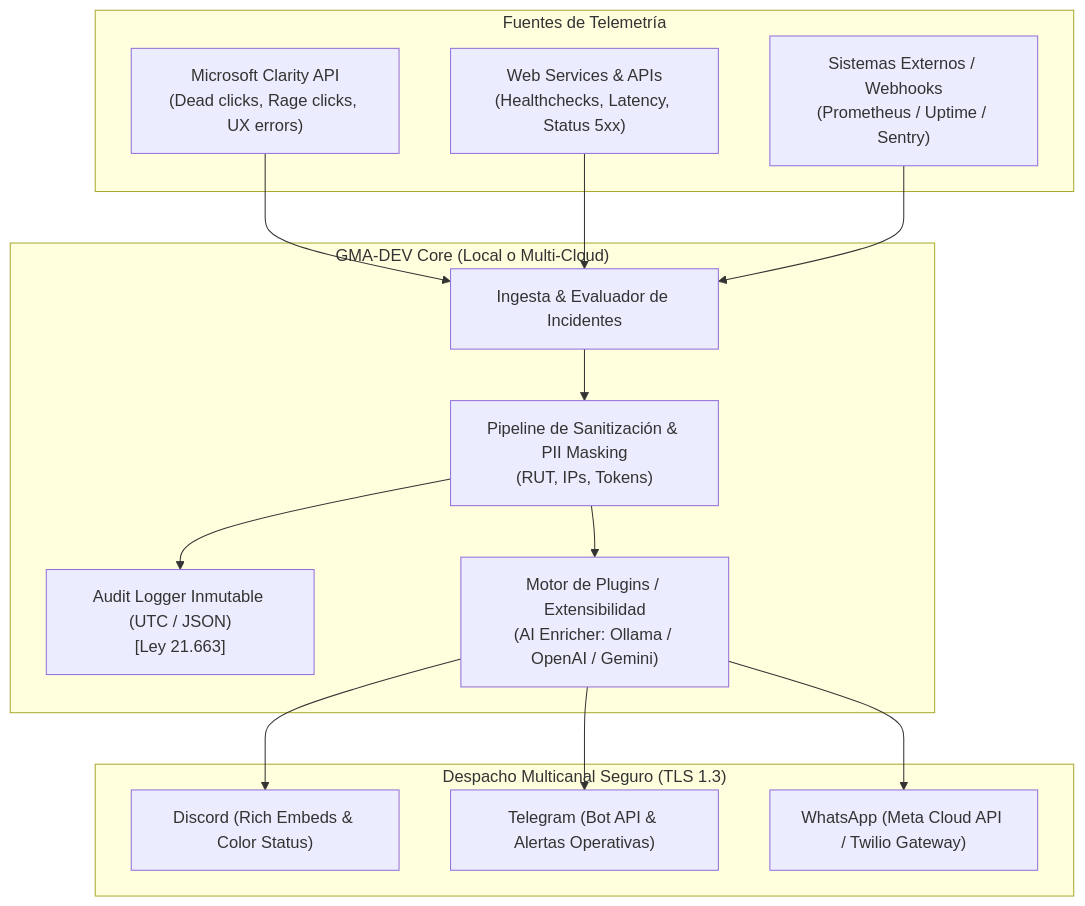
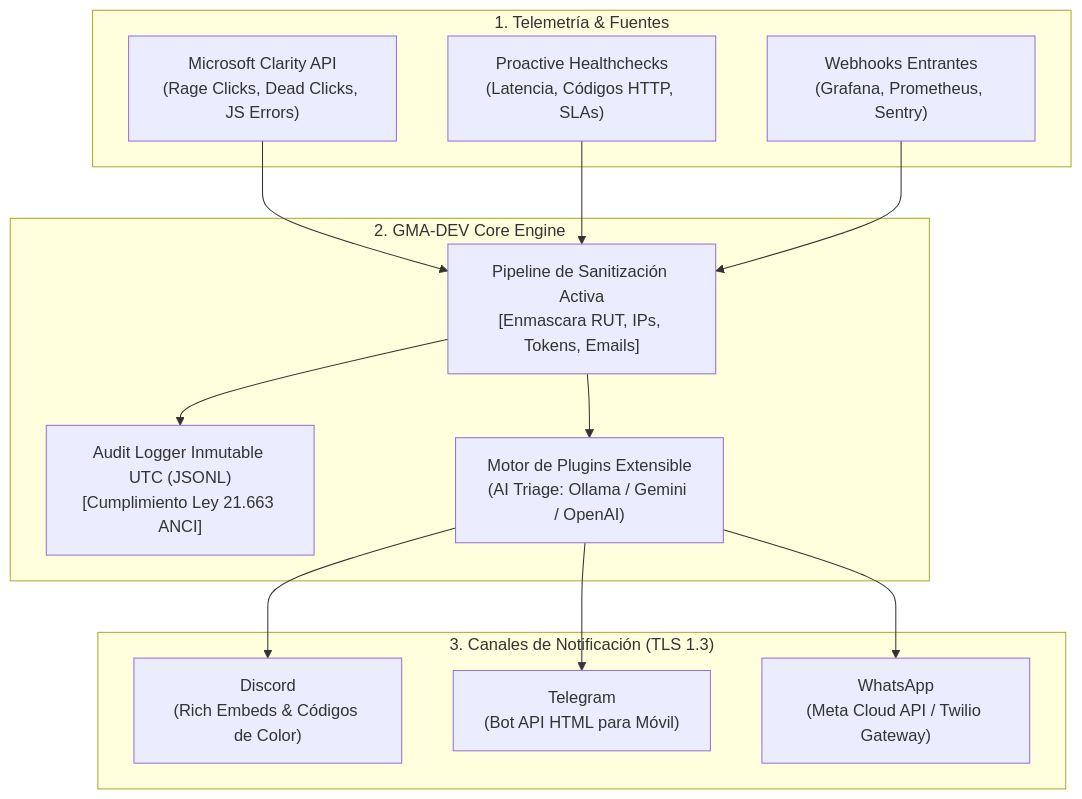
The diagram in README.md (DnRT/GMA-DEV), drawn with Mermaid before and after one commit. The commit also changed other lines of this file and 7 other files, not shown here.

Commit message:
docs: add comprehensive guides for cloud setups, channel credentials, telemetry, and AI plugins

````diff
--- a/README.md
+++ b/README.md
@@ -35,31 +26,29 @@
 ```mermaid
 flowchart TD
-    subgraph Fuentes ["Fuentes de Telemetría"]
-        A1["Microsoft Clarity API\n(Dead clicks, Rage clicks, UX errors)"]
-        A2["Web Services & APIs\n(Healthchecks, Latency, Status 5xx)"]
-        A3["Sistemas Externos / Webhooks\n(Prometheus / Uptime / Sentry)"]
+    subgraph Ingesta ["1. Telemetría & Fuentes"]
+        A1["Microsoft Clarity API\n(Rage Clicks, Dead Clicks, JS Errors)"]
+        A2["Proactive Healthchecks\n(Latencia, Códigos HTTP, SLAs)"]
+        A3["Webhooks Entrantes\n(Grafana, Prometheus, Sentry)"]
     end
 
-    subgraph Core ["GMA-DEV Core (Local o Multi-Cloud)"]
-        B1["Ingesta & Evaluador de Incidentes"]
-        B2["Pipeline de Sanitización & PII Masking\n(RUT, IPs, Tokens)"]
-        B3["Audit Logger Inmutable (UTC / JSON)\n[Ley 21.663]"]
-        B4["Motor de Plugins / Extensibilidad\n(AI Enricher: Ollama / OpenAI / Gemini)"]
+    subgraph Core ["2. GMA-DEV Core Engine"]
+        B1["Pipeline de Sanitización Activa\n[Enmascara RUT, IPs, Tokens, Emails]"]
+        B2["Audit Logger Inmutable UTC (JSONL)\n[Cumplimiento Ley 21.663 ANCI]"]
+        B3["Motor de Plugins Extensible\n(AI Triage: Ollama / Gemini / OpenAI)"]
     end
 
-    subgraph Canales ["Despacho Multicanal Seguro (TLS 1.3)"]
-        C1["Discord (Rich Embeds & Color Status)"]
-        C2["Telegram (Bot API & Alertas Operativas)"]
-        C3["WhatsApp (Meta Cloud API / Twilio Gateway)"]
+    subgraph Canales ["3. Canales de Notificación (TLS 1.3)"]
+        C1["Discord\n(Rich Embeds & Códigos de Color)"]
+        C2["Telegram\n(Bot API HTML para Móvil)"]
+        C3["WhatsApp\n(Meta Cloud API / Twilio Gateway)"]
     end
 
     A1 --> B1
     A2 --> B1
     A3 --> B1
     B1 --> B2
-    B2 --> B3
-    B2 --> B4
-    B4 --> C1
-    B4 --> C2
-    B4 --> C3
+    B1 --> B3
+    B3 --> C1
+    B3 --> C2
+    B3 --> C3
 ```
````
